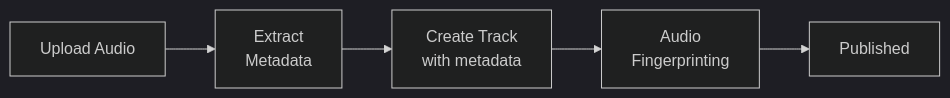
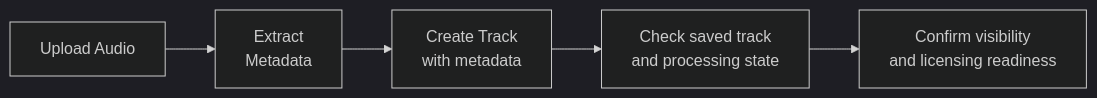
The diagram in developers/api-reference/content.mdx (alliancewav/BeatPass-Docs), drawn with Mermaid (dark theme) before and after one commit. The commit also changed other lines of this file and 580 other files, not shown here.

````diff
--- a/developers/api-reference/content.mdx
+++ b/developers/api-reference/content.mdx
@@ -146,7 +144,7 @@
 ```mermaid
 flowchart LR
     A[Upload Audio] --> B[Extract\nMetadata]
     B --> C[Create Track\nwith metadata]
-    C --> D[Audio\nFingerprinting]
-    D --> E[Published]
+    C --> D[Check saved track\nand processing state]
+    D --> E[Confirm visibility\nand licensing readiness]
 ```
````
